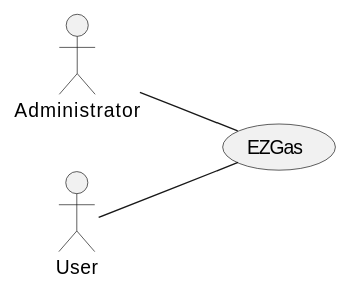
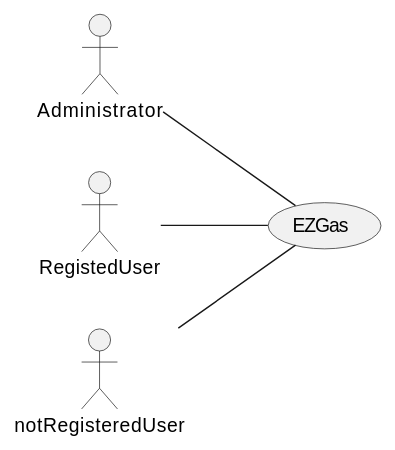
One commit to SoftengPoliTo/Lab2 changed the first of 2 diagrams in REQ_s277933.md. Above: the diagram before and after it, drawn with PlantUML. The commit also changed other lines of this file, not shown here.

````diff
--- a/REQ_s277933.md
+++ b/REQ_s277933.md
@@ -37,7 +49,9 @@
 ```plantuml
 left to right direction
 actor Administrator as a
-actor User as u
+actor RegistedUser as ru
+actor notRegisteredUser as nru 
 a -- (EZGas)
-u -- (EZGas)
+ru -- (EZGas)
+nru -- (EZGas)
 ```
````
